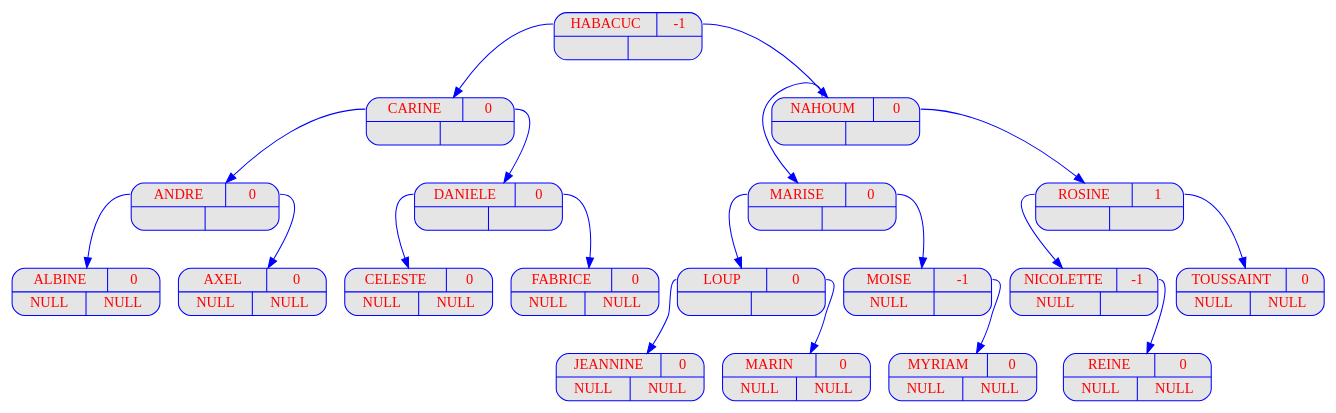
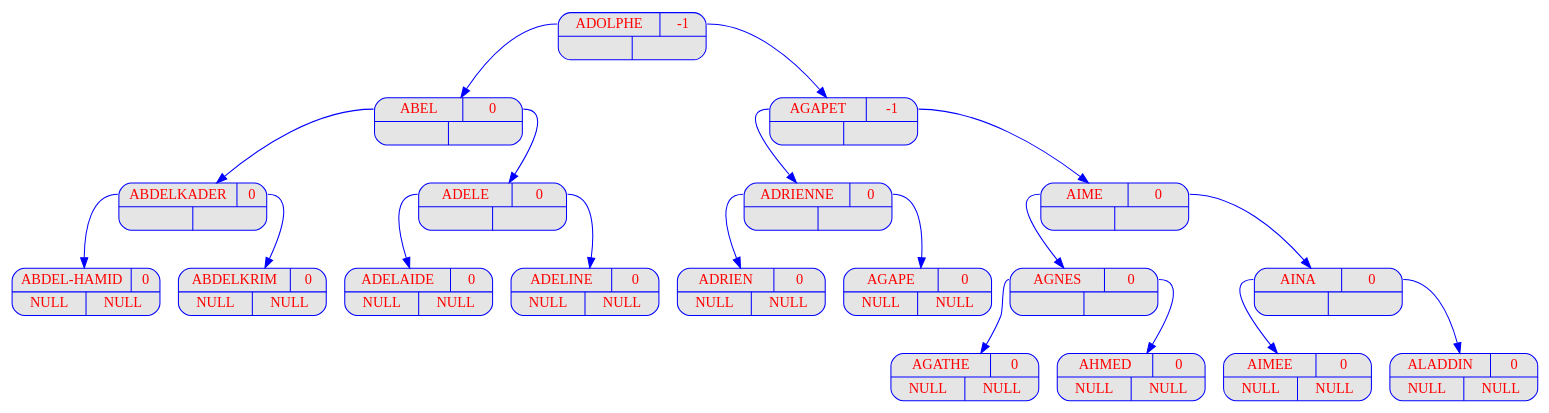
One commit to FilRougeAAP/Fil_Rouge changed the diagram in output_Prog1/dot/displayAVL_v18.dot. Above: the diagram before and after it, drawn with Graphviz. The commit also changed 212 other files, not shown here.

```diff
--- a/output_Prog1/dot/displayAVL_v18.dot
+++ b/output_Prog1/dot/displayAVL_v18.dot
@@ -1,161 +1,64 @@
 digraph displayAVL {
 	node [
 		fontname  = "Arial bold" 
 		fontsize  = "14"
 		fontcolor = "red"
 		style     = "rounded, filled"
 		shape     = "record"
 		fillcolor = "grey90"
 		color     = "blue"
 		width     = "2"
 	]
 
 	edge [
 		color     = "blue"
 	]
 
-	HABACUC
- [label = "{{<g> HABACUC
- | <d> -1 } | { <g> | <d>}}"];
-	HABACUC
-:g -> CARINE
-;
-	CARINE
- [label = "{{<g> CARINE
- | <d> 0 } | { <g> | <d>}}"];
-	CARINE
-:g -> ANDRE
-;
-	ANDRE
- [label = "{{<g> ANDRE
- | <d> 0 } | { <g> | <d>}}"];
-	ANDRE
-:g -> ALBINE
-;
-	ALBINE
- [label = "{{<g> ALBINE
- | <d> 0 } | { <g> | <d>}}"];
-	ALBINE
- [label = "{{<g> ALBINE
- | <d> 0 }| { <g> NULL | <d> NULL}}"];
-	ANDRE
-:d -> AXEL
-;
-	AXEL
- [label = "{{<g> AXEL
- | <d> 0 } | { <g> | <d>}}"];
-	AXEL
- [label = "{{<g> AXEL
- | <d> 0 }| { <g> NULL | <d> NULL}}"];
-	CARINE
-:d -> DANIELE
-;
-	DANIELE
- [label = "{{<g> DANIELE
- | <d> 0 } | { <g> | <d>}}"];
-	DANIELE
-:g -> CELESTE
-;
-	CELESTE
- [label = "{{<g> CELESTE
- | <d> 0 } | { <g> | <d>}}"];
-	CELESTE
- [label = "{{<g> CELESTE
- | <d> 0 }| { <g> NULL | <d> NULL}}"];
-	DANIELE
-:d -> FABRICE
-;
-	FABRICE
- [label = "{{<g> FABRICE
- | <d> 0 } | { <g> | <d>}}"];
-	FABRICE
- [label = "{{<g> FABRICE
- | <d> 0 }| { <g> NULL | <d> NULL}}"];
-	HABACUC
-:d -> NAHOUM
-;
-	NAHOUM
- [label = "{{<g> NAHOUM
- | <d> 0 } | { <g> | <d>}}"];
-	NAHOUM
-:g -> MARISE
-;
-	MARISE
- [label = "{{<g> MARISE
- | <d> 0 } | { <g> | <d>}}"];
-	MARISE
-:g -> LOUP
-;
-	LOUP
- [label = "{{<g> LOUP
- | <d> 0 } | { <g> | <d>}}"];
-	LOUP
-:g -> JEANNINE
-;
-	JEANNINE
- [label = "{{<g> JEANNINE
- | <d> 0 } | { <g> | <d>}}"];
-	JEANNINE
- [label = "{{<g> JEANNINE
- | <d> 0 }| { <g> NULL | <d> NULL}}"];
-	LOUP
-:d -> MARIN
-;
-	MARIN
- [label = "{{<g> MARIN
- | <d> 0 } | { <g> | <d>}}"];
-	MARIN
- [label = "{{<g> MARIN
- | <d> 0 }| { <g> NULL | <d> NULL}}"];
-	MARISE
-:d -> MOISE
-;
-	MOISE
- [label = "{{<g> MOISE
- | <d> -1 } | { <g> | <d>}}"];
-	MOISE
- [label = "{{<g> MOISE
- | <d> -1 }| { <g> NULL | <d> }}"];
-	MOISE
-:d -> MYRIAM
-;
-	MYRIAM
- [label = "{{<g> MYRIAM
- | <d> 0 } | { <g> | <d>}}"];
-	MYRIAM
- [label = "{{<g> MYRIAM
- | <d> 0 }| { <g> NULL | <d> NULL}}"];
-	NAHOUM
-:d -> ROSINE
-;
-	ROSINE
- [label = "{{<g> ROSINE
- | <d> 1 } | { <g> | <d>}}"];
-	ROSINE
-:g -> NICOLETTE
-;
-	NICOLETTE
- [label = "{{<g> NICOLETTE
- | <d> -1 } | { <g> | <d>}}"];
-	NICOLETTE
- [label = "{{<g> NICOLETTE
- | <d> -1 }| { <g> NULL | <d> }}"];
-	NICOLETTE
-:d -> REINE
-;
-	REINE
- [label = "{{<g> REINE
- | <d> 0 } | { <g> | <d>}}"];
-	REINE
- [label = "{{<g> REINE
- | <d> 0 }| { <g> NULL | <d> NULL}}"];
-	ROSINE
-:d -> TOUSSAINT
-;
-	TOUSSAINT
- [label = "{{<g> TOUSSAINT
- | <d> 0 } | { <g> | <d>}}"];
-	TOUSSAINT
- [label = "{{<g> TOUSSAINT
- | <d> 0 }| { <g> NULL | <d> NULL}}"];
+	"ADOLPHE" [label = "{{<g> ADOLPHE | <d> -1 } | { <g> | <d>}}"];
+	"ADOLPHE":g -> "ABEL";
+	"ABEL" [label = "{{<g> ABEL | <d> 0 } | { <g> | <d>}}"];
+	"ABEL":g -> "ABDELKADER";
+	"ABDELKADER" [label = "{{<g> ABDELKADER | <d> 0 } | { <g> | <d>}}"];
+	"ABDELKADER":g -> "ABDEL-HAMID";
+	"ABDEL-HAMID" [label = "{{<g> ABDEL-HAMID | <d> 0 } | { <g> | <d>}}"];
+	"ABDEL-HAMID" [label = "{{<g> ABDEL-HAMID | <d> 0 }| { <g> NULL | <d> NULL}}"];
+	"ABDELKADER":d -> "ABDELKRIM";
+	"ABDELKRIM" [label = "{{<g> ABDELKRIM | <d> 0 } | { <g> | <d>}}"];
+	"ABDELKRIM" [label = "{{<g> ABDELKRIM | <d> 0 }| { <g> NULL | <d> NULL}}"];
+	"ABEL":d -> "ADELE";
+	"ADELE" [label = "{{<g> ADELE | <d> 0 } | { <g> | <d>}}"];
+	"ADELE":g -> "ADELAIDE";
+	"ADELAIDE" [label = "{{<g> ADELAIDE | <d> 0 } | { <g> | <d>}}"];
+	"ADELAIDE" [label = "{{<g> ADELAIDE | <d> 0 }| { <g> NULL | <d> NULL}}"];
+	"ADELE":d -> "ADELINE";
+	"ADELINE" [label = "{{<g> ADELINE | <d> 0 } | { <g> | <d>}}"];
+	"ADELINE" [label = "{{<g> ADELINE | <d> 0 }| { <g> NULL | <d> NULL}}"];
+	"ADOLPHE":d -> "AGAPET";
+	"AGAPET" [label = "{{<g> AGAPET | <d> -1 } | { <g> | <d>}}"];
+	"AGAPET":g -> "ADRIENNE";
+	"ADRIENNE" [label = "{{<g> ADRIENNE | <d> 0 } | { <g> | <d>}}"];
+	"ADRIENNE":g -> "ADRIEN";
+	"ADRIEN" [label = "{{<g> ADRIEN | <d> 0 } | { <g> | <d>}}"];
+	"ADRIEN" [label = "{{<g> ADRIEN | <d> 0 }| { <g> NULL | <d> NULL}}"];
+	"ADRIENNE":d -> "AGAPE";
+	"AGAPE" [label = "{{<g> AGAPE | <d> 0 } | { <g> | <d>}}"];
+	"AGAPE" [label = "{{<g> AGAPE | <d> 0 }| { <g> NULL | <d> NULL}}"];
+	"AGAPET":d -> "AIME";
+	"AIME" [label = "{{<g> AIME | <d> 0 } | { <g> | <d>}}"];
+	"AIME":g -> "AGNES";
+	"AGNES" [label = "{{<g> AGNES | <d> 0 } | { <g> | <d>}}"];
+	"AGNES":g -> "AGATHE";
+	"AGATHE" [label = "{{<g> AGATHE | <d> 0 } | { <g> | <d>}}"];
+	"AGATHE" [label = "{{<g> AGATHE | <d> 0 }| { <g> NULL | <d> NULL}}"];
+	"AGNES":d -> "AHMED";
+	"AHMED" [label = "{{<g> AHMED | <d> 0 } | { <g> | <d>}}"];
+	"AHMED" [label = "{{<g> AHMED | <d> 0 }| { <g> NULL | <d> NULL}}"];
+	"AIME":d -> "AINA";
+	"AINA" [label = "{{<g> AINA | <d> 0 } | { <g> | <d>}}"];
+	"AINA":g -> "AIMEE";
+	"AIMEE" [label = "{{<g> AIMEE | <d> 0 } | { <g> | <d>}}"];
+	"AIMEE" [label = "{{<g> AIMEE | <d> 0 }| { <g> NULL | <d> NULL}}"];
+	"AINA":d -> "ALADDIN";
+	"ALADDIN" [label = "{{<g> ALADDIN | <d> 0 } | { <g> | <d>}}"];
+	"ALADDIN" [label = "{{<g> ALADDIN | <d> 0 }| { <g> NULL | <d> NULL}}"];
 }
```
